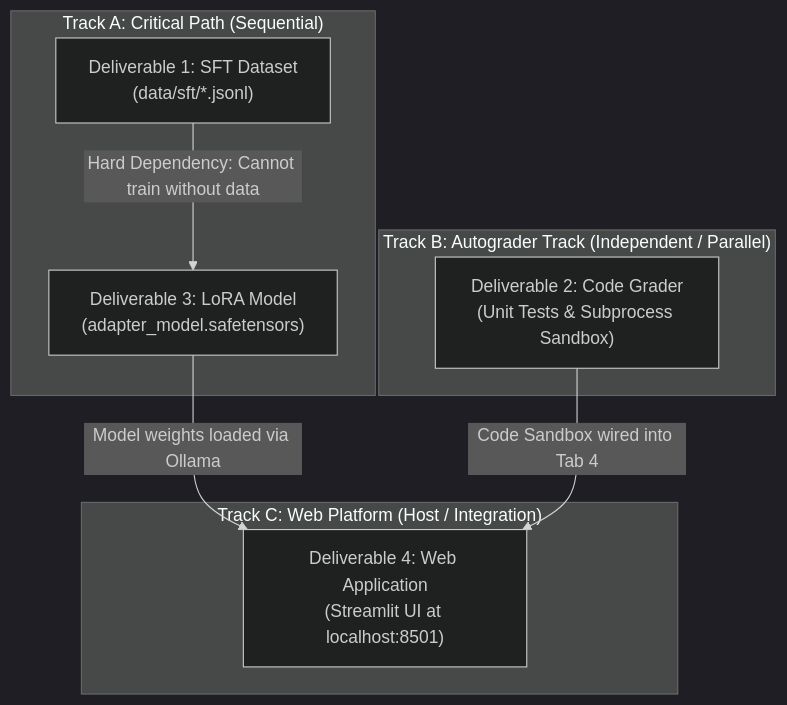
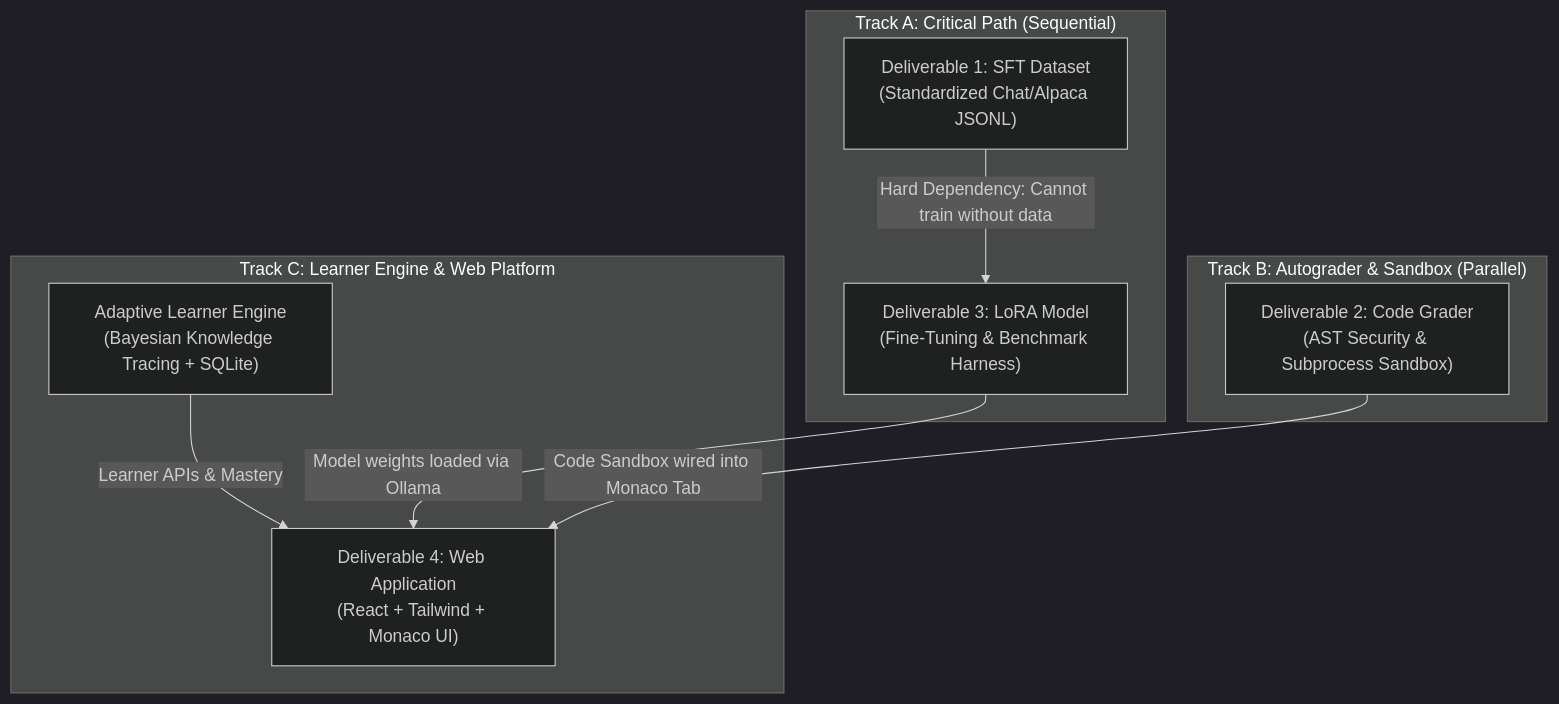
The diagram in docs/PROJECT_DELIVERABLES_AND_SPECIFICATION.md (Ameddah-Mohamed/Adaptive-Learning-System), drawn with Mermaid (dark theme) before and after one commit. The commit also changed other lines of this file and 3 other files, not shown here.

Commit message:
docs: synchronize specifications, progress report, team roadmap, and audit addendum

````diff
--- a/docs/PROJECT_DELIVERABLES_AND_SPECIFICATION.md
+++ b/docs/PROJECT_DELIVERABLES_AND_SPECIFICATION.md
@@ -67,20 +68,22 @@
 ```mermaid
 flowchart TD
     subgraph TrackA ["Track A: Critical Path (Sequential)"]
-        D1["Deliverable 1: SFT Dataset<br>(data/sft/*.jsonl)"]
-        D3["Deliverable 3: LoRA Model<br>(adapter_model.safetensors)"]
+        D1["Deliverable 1: SFT Dataset<br>(Standardized Chat/Alpaca JSONL)"]
+        D3["Deliverable 3: LoRA Model<br>(Fine-Tuning & Benchmark Harness)"]
         D1 -->|Hard Dependency: Cannot train without data| D3
     end
 
-    subgraph TrackB ["Track B: Autograder Track (Independent / Parallel)"]
-        D2["Deliverable 2: Code Grader<br>(Unit Tests & Subprocess Sandbox)"]
+    subgraph TrackB ["Track B: Autograder & Sandbox (Parallel)"]
+        D2["Deliverable 2: Code Grader<br>(AST Security & Subprocess Sandbox)"]
     end
 
-    subgraph TrackC ["Track C: Web Platform (Host / Integration)"]
-        D4["Deliverable 4: Web Application<br>(Streamlit UI at localhost:8501)"]
+    subgraph TrackC ["Track C: Learner Engine & Web Platform"]
+        LE["Adaptive Learner Engine<br>(Bayesian Knowledge Tracing + SQLite)"]
+        D4["Deliverable 4: Web Application<br>(React + Tailwind + Monaco UI)"]
+        LE -->|Learner APIs & Mastery| D4
     end
 
     %% Convergence
     D3 -->|Model weights loaded via Ollama| D4
-    D2 -->|Code Sandbox wired into Tab 4| D4
+    D2 -->|Code Sandbox wired into Monaco Tab| D4
 ```
````
